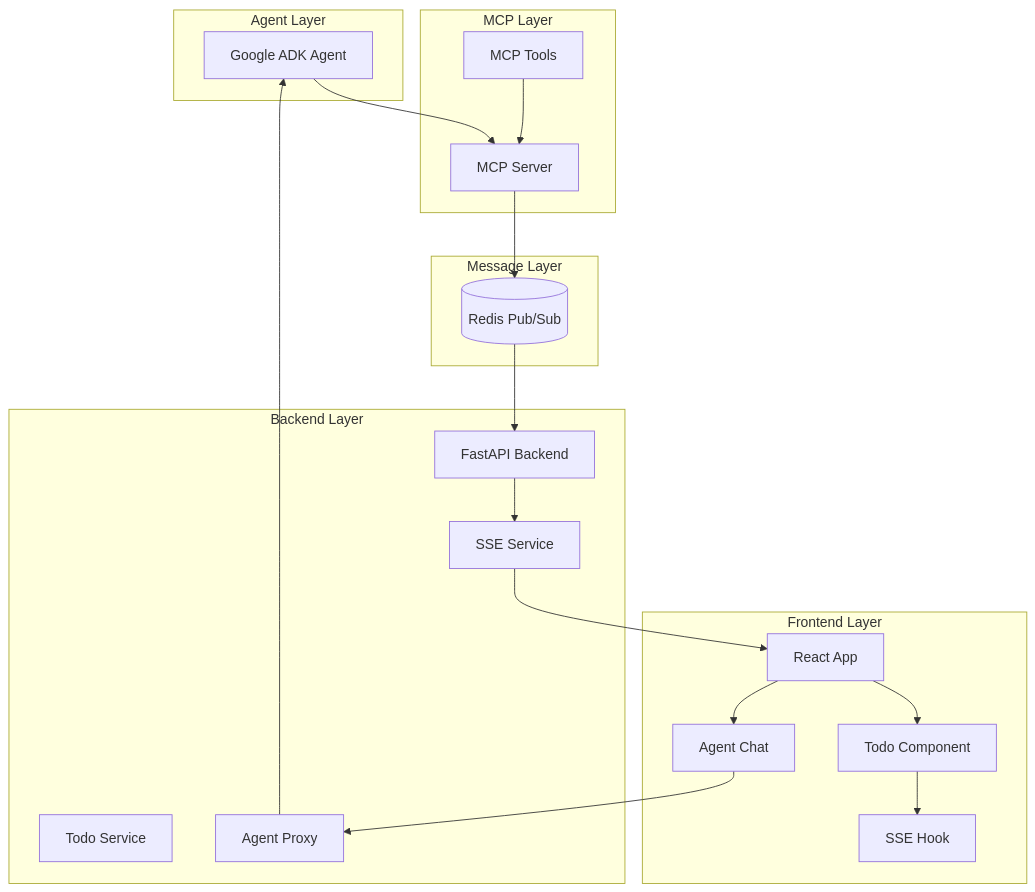
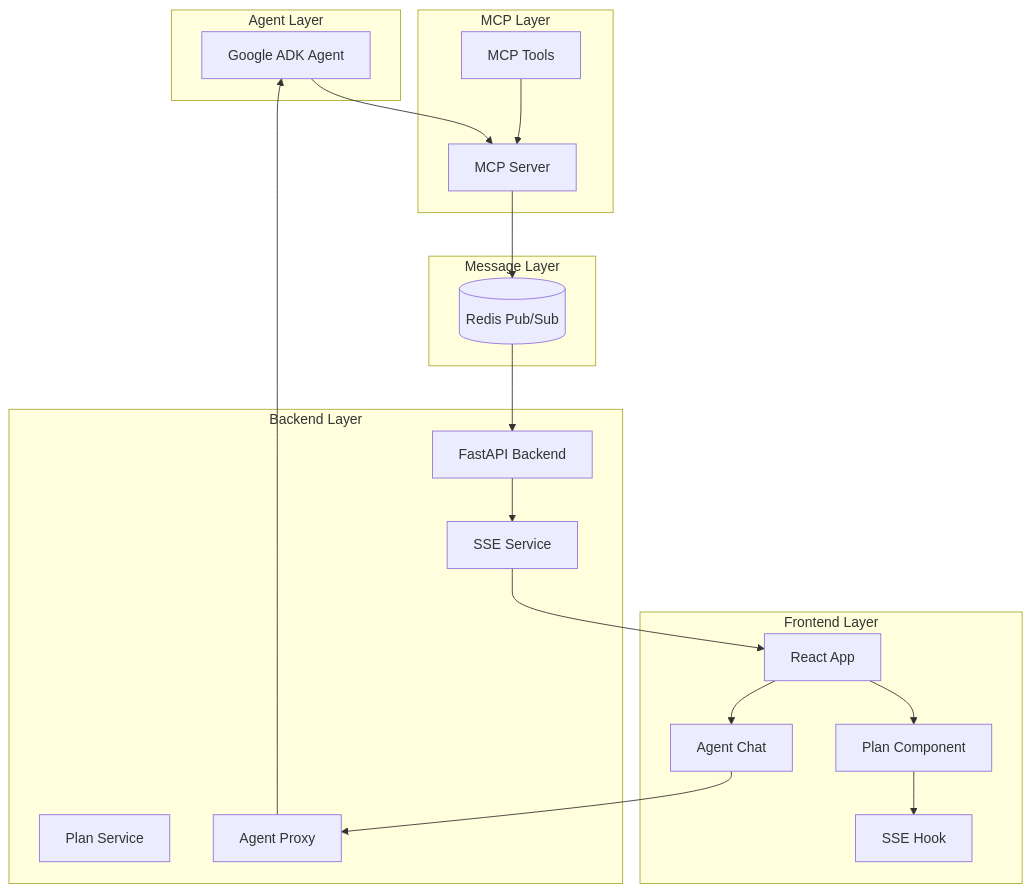
Before and after one commit to dptech-corp/ui-component-mcp-server-demo: the diagram in ARCHITECTURE.md, drawn with Mermaid. The commit also changed other lines of this file and 1 other file, not shown here.

Commit message:
Update ARCHITECTURE.md and mcp-server README to use Plan terminology

````diff
--- a/ARCHITECTURE.md
+++ b/ARCHITECTURE.md
@@ -9,41 +9,41 @@
 ```mermaid
 graph TB
     subgraph "Agent Layer"
         Agent[Google ADK Agent]
     end
     
     subgraph "MCP Layer"
         MCP[MCP Server]
         Tools[MCP Tools]
     end
     
     subgraph "Message Layer"
         Redis[(Redis Pub/Sub)]
     end
     
     subgraph "Backend Layer"
         API[FastAPI Backend]
         SSE[SSE Service]
-        TodoService[Todo Service]
+        PlanService[Plan Service]
         AgentProxy[Agent Proxy]
     end
     
     subgraph "Frontend Layer"
         React[React App]
-        TodoComponent[Todo Component]
+        PlanComponent[Plan Component]
         AgentChat[Agent Chat]
         SSEHook[SSE Hook]
     end
     
     Agent --> MCP
     Tools --> MCP
     MCP --> Redis
     Redis --> API
     API --> SSE
     SSE --> React
-    React --> TodoComponent
+    React --> PlanComponent
     React --> AgentChat
-    TodoComponent --> SSEHook
+    PlanComponent --> SSEHook
     AgentChat --> AgentProxy
     AgentProxy --> Agent
 ```
````
